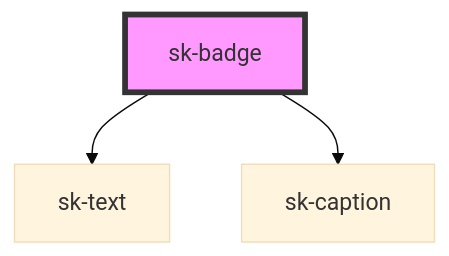
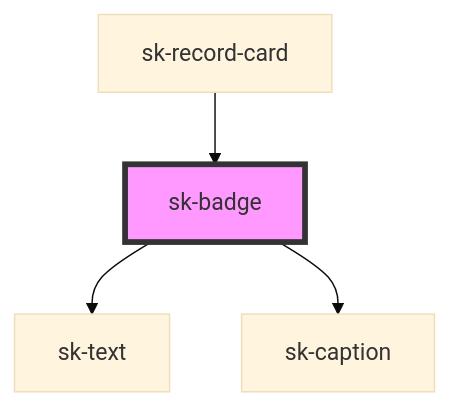
Before and after one commit to shincke/sk-toolkit: the diagram in web-components-stencil/src/components/sk-badge/readme.md, drawn with Mermaid (base theme). The commit also changed other lines of this file and 30 other files, not shown here.

Commit message:
feat: implement sk-drawer and first pattern - sk-record-card

````diff
--- a/web-components-stencil/src/components/sk-badge/readme.md
+++ b/web-components-stencil/src/components/sk-badge/readme.md
@@ -32,6 +36,7 @@
 ```mermaid
 graph TD;
   sk-badge --> sk-text
   sk-badge --> sk-caption
+  sk-record-card --> sk-badge
   style sk-badge fill:#f9f,stroke:#333,stroke-width:4px
 ```
````
